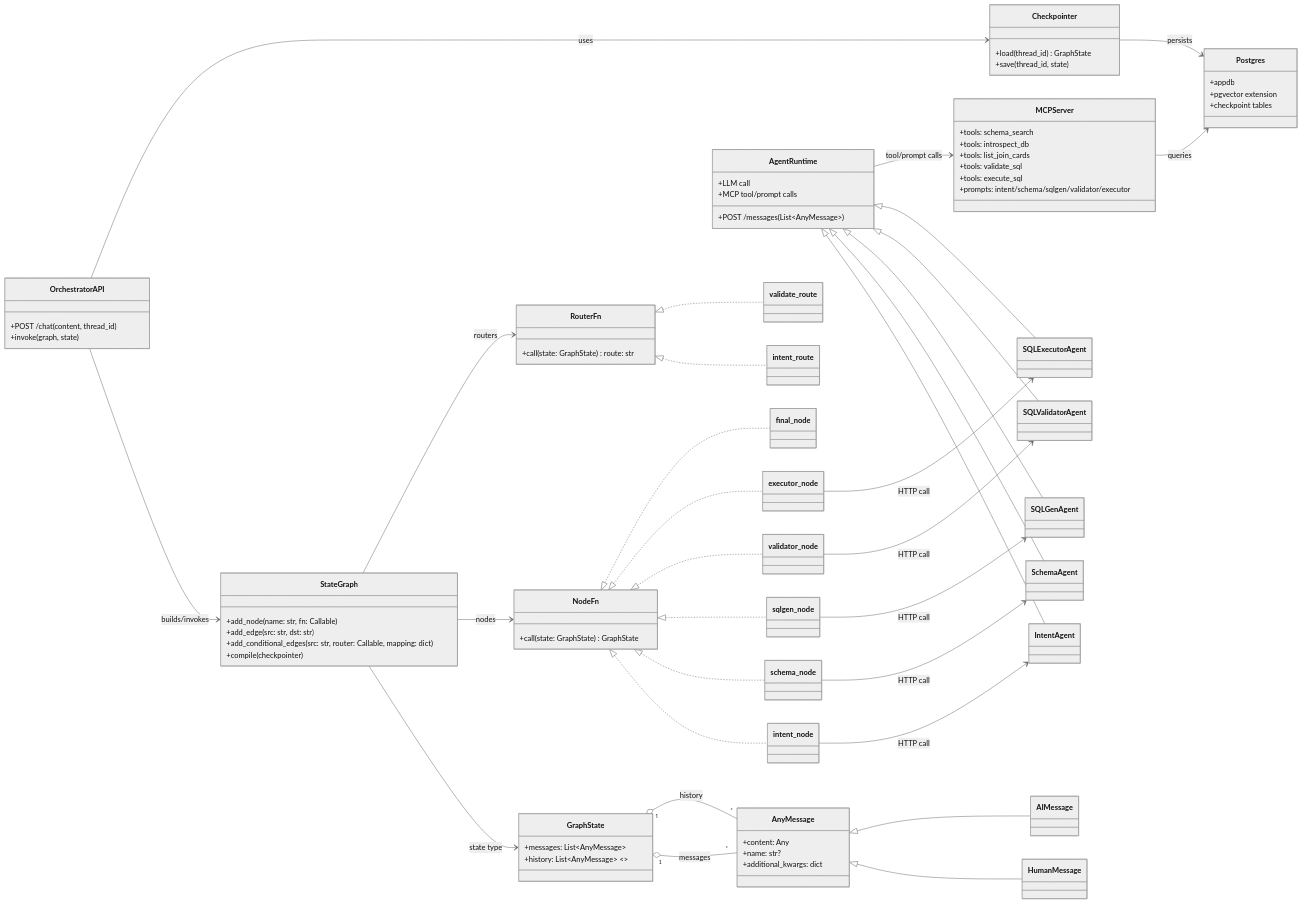
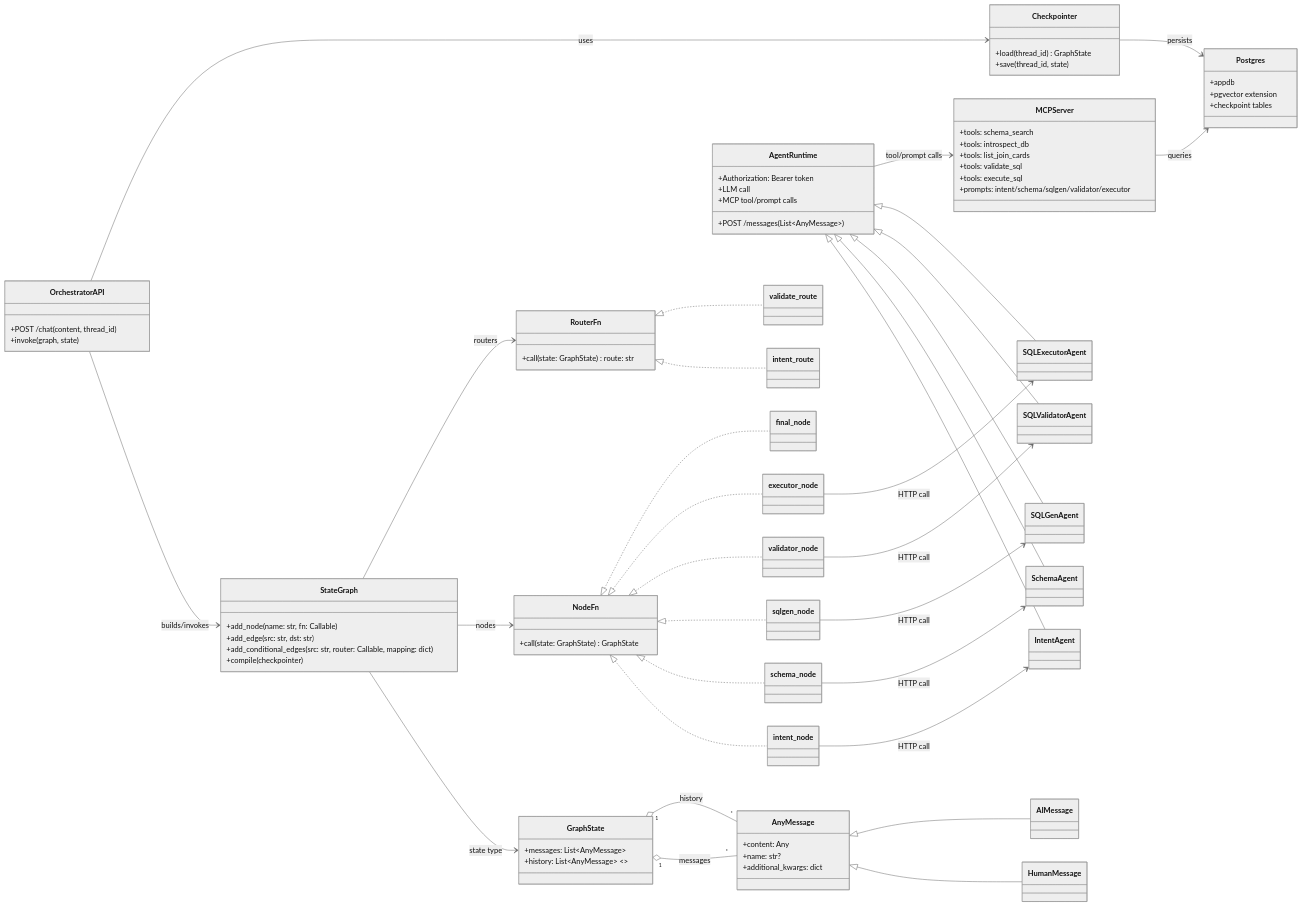
One commit to attractor-set/sql_agent_example changed the first of 3 diagrams in README.md. Above: the diagram before and after it, drawn with Mermaid (neutral theme). The commit also changed other lines of this file, not shown here.

```diff
--- a/README.md
+++ b/README.md
@@ -111,6 +111,7 @@
 
 class AgentRuntime {
   +POST /messages(List~AnyMessage~)
+  +Authorization: Bearer token
   +LLM call
   +MCP tool/prompt calls
 }
```
